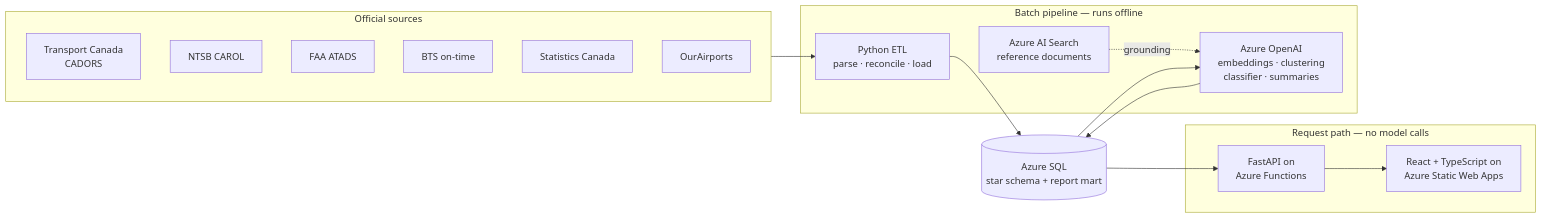
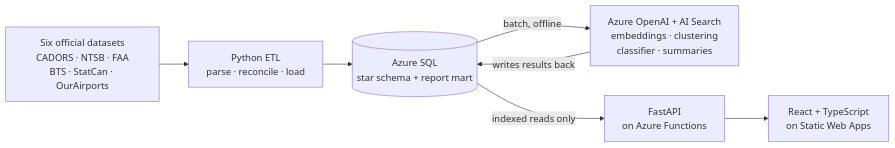
Before and after one commit to Varund884/SkyLens: the diagram in README.md, drawn with Mermaid. The commit also changed other lines of this file, not shown here.

Commit message:
Rewrote the README around the Azure architecture and the model pipeline

````diff
--- a/README.md
+++ b/README.md
@@ -39,29 +52,13 @@
 ```mermaid
 flowchart LR
-    subgraph Sources["Official sources"]
-        TC[Transport Canada<br/>CADORS]
-        NTSB[NTSB CAROL]
-        FAA[FAA ATADS]
-        BTS[BTS on-time]
-        SC[Statistics Canada]
-        OA[OurAirports]
-    end
+    A["Six official datasets<br/>CADORS · NTSB · FAA<br/>BTS · StatCan · OurAirports"]
+    B["Python ETL<br/>parse · reconcile · load"]
+    C[("Azure SQL<br/>star schema + report mart")]
+    D["Azure OpenAI + AI Search<br/>embeddings · clustering<br/>classifier · summaries"]
+    E["FastAPI<br/>on Azure Functions"]
+    F["React + TypeScript<br/>on Static Web Apps"]
 
-    subgraph Batch["Batch pipeline — runs offline"]
-        ETL[Python ETL<br/>parse · reconcile · load]
-        AI[Azure OpenAI<br/>embeddings · clustering<br/>classifier · summaries]
-        SEARCH[Azure AI Search<br/>reference documents]
-    end
-
-    SQL[(Azure SQL<br/>star schema + report mart)]
-
-    subgraph Serve["Request path — no model calls"]
-        API[FastAPI on<br/>Azure Functions]
-        WEB[React + TypeScript on<br/>Azure Static Web Apps]
-    end
-
-    Sources --> ETL --> SQL
-    SQL --> AI --> SQL
-    SEARCH -.grounding.-> AI
-    SQL --> API --> WEB
+    A --> B --> C
+    C -- "batch, offline" --> D -- "writes results back" --> C
+    C -- "indexed reads only" --> E --> F
 ```
````
